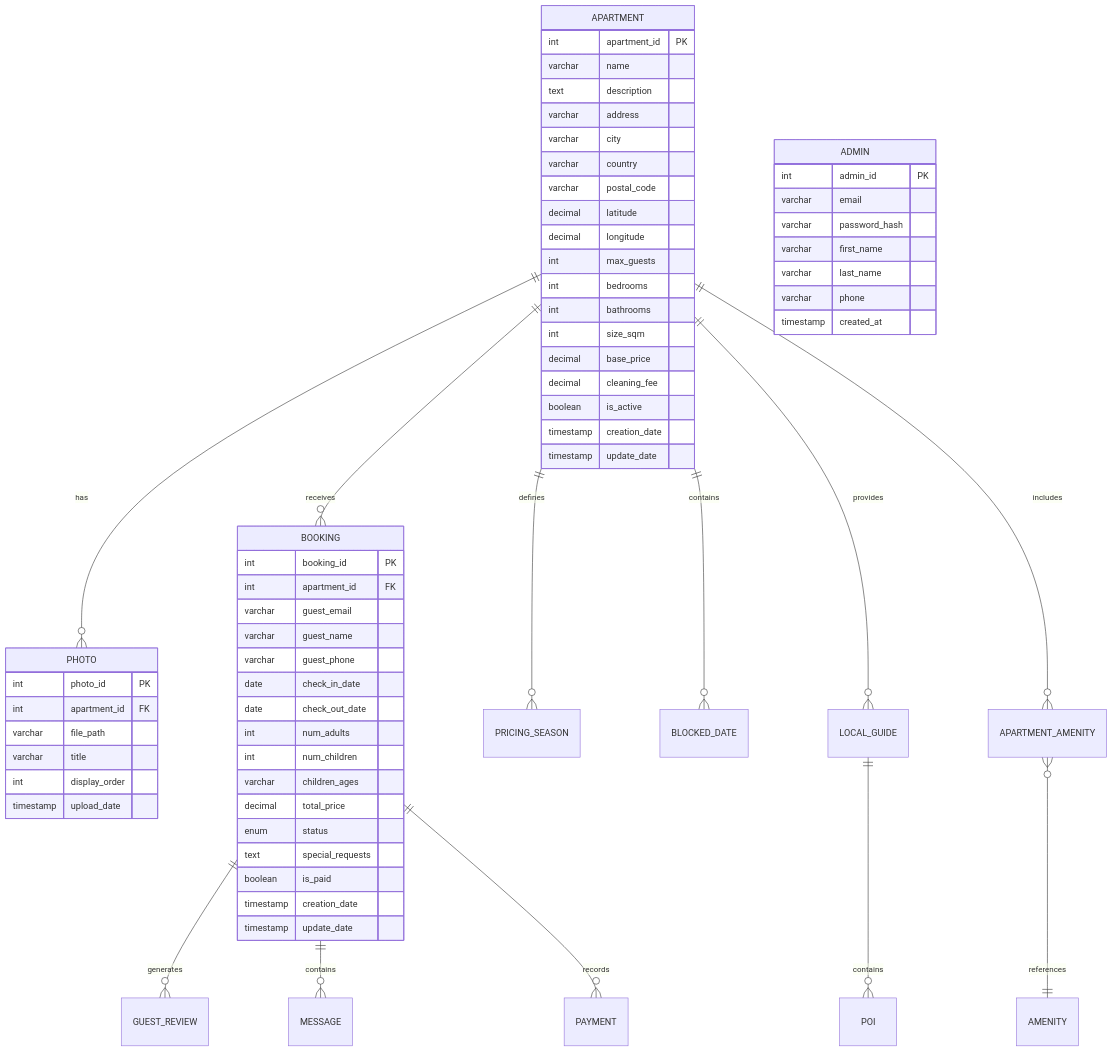
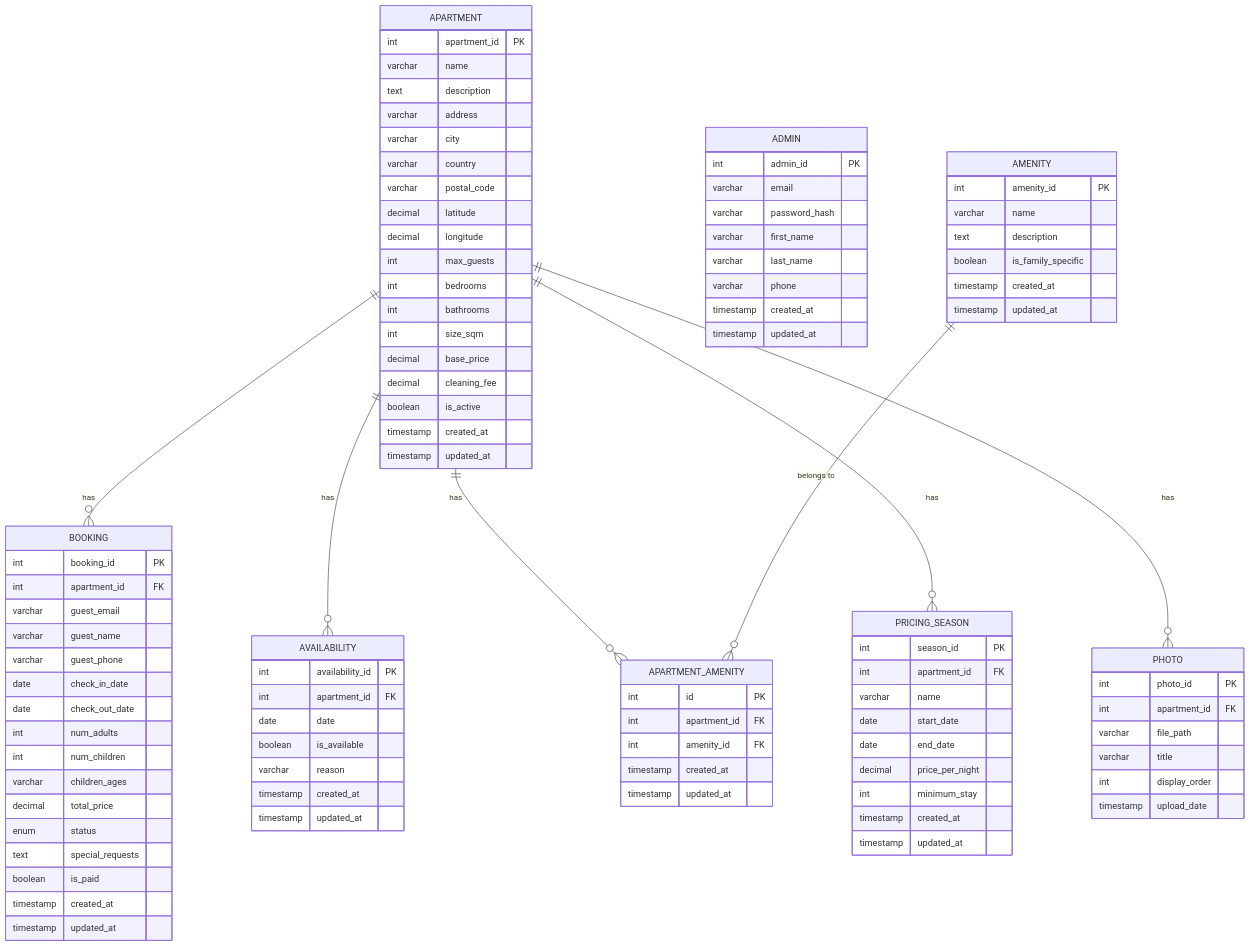
One commit to LIDR-academy/AI4Devs-finalproject changed the third of 4 diagrams in finalproject-MAGH/README.md. Above: the diagram before and after it, drawn with Mermaid. The commit also changed other lines of this file and 1 other file, not shown here.

````diff
--- a/finalproject-MAGH/README.md
+++ b/finalproject-MAGH/README.md
@@ -348,27 +375,8 @@
         decimal base_price
         decimal cleaning_fee
         boolean is_active
-        timestamp creation_date
-        timestamp update_date
-    }
-    
-    ADMIN {
-        int admin_id PK
-        varchar email
-        varchar password_hash
-        varchar first_name
-        varchar last_name
-        varchar phone
         timestamp created_at
-    }
-    
-    PHOTO {
-        int photo_id PK
-        int apartment_id FK
-        varchar file_path
-        varchar title
-        int display_order
-        timestamp upload_date
+        timestamp updated_at
     }
     
     BOOKING {
@@ -386,19 +394,73 @@
         enum status
         text special_requests
         boolean is_paid
-        timestamp creation_date
-        timestamp update_date
+        timestamp created_at
+        timestamp updated_at
     }
     
-    APARTMENT ||--o{ PHOTO : has
-    APARTMENT ||--o{ BOOKING : receives
-    APARTMENT ||--o{ PRICING_SEASON : defines
-    APARTMENT ||--o{ BLOCKED_DATE : contains
-    APARTMENT ||--o{ LOCAL_GUIDE : provides
-    APARTMENT ||--o{ APARTMENT_AMENITY : includes
-    APARTMENT_AMENITY }o--|| AMENITY : references
-    BOOKING ||--o{ GUEST_REVIEW : generates
-    BOOKING ||--o{ MESSAGE : contains
-    BOOKING ||--o{ PAYMENT : records
-    LOCAL_GUIDE ||--o{ POI : contains
+    AVAILABILITY {
+        int availability_id PK
+        int apartment_id FK
+        date date
+        boolean is_available
+        varchar reason
+        timestamp created_at
+        timestamp updated_at
+    }
+    
+    ADMIN {
+        int admin_id PK
+        varchar email
+        varchar password_hash
+        varchar first_name
+        varchar last_name
+        varchar phone
+        timestamp created_at
+        timestamp updated_at
+    }
+    
+    AMENITY {
+        int amenity_id PK
+        varchar name
+        text description
+        boolean is_family_specific
+        timestamp created_at
+        timestamp updated_at
+    }
+    
+    APARTMENT_AMENITY {
+        int id PK
+        int apartment_id FK
+        int amenity_id FK
+        timestamp created_at
+        timestamp updated_at
+    }
+    
+    PRICING_SEASON {
+        int season_id PK
+        int apartment_id FK
+        varchar name
+        date start_date
+        date end_date
+        decimal price_per_night
+        int minimum_stay
+        timestamp created_at
+        timestamp updated_at
+    }
+    
+    PHOTO {
+        int photo_id PK
+        int apartment_id FK
+        varchar file_path
+        varchar title
+        int display_order
+        timestamp upload_date
+    }
+    
+    APARTMENT ||--o{ BOOKING : "has"
+    APARTMENT ||--o{ AVAILABILITY : "has"
+    APARTMENT ||--o{ APARTMENT_AMENITY : "has"
+    APARTMENT ||--o{ PRICING_SEASON : "has"
+    APARTMENT ||--o{ PHOTO : "has"
+    AMENITY ||--o{ APARTMENT_AMENITY : "belongs to"
 ```
````
